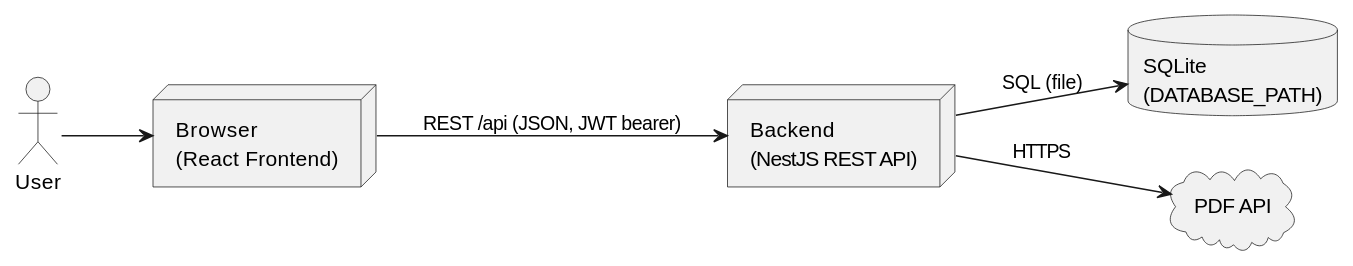
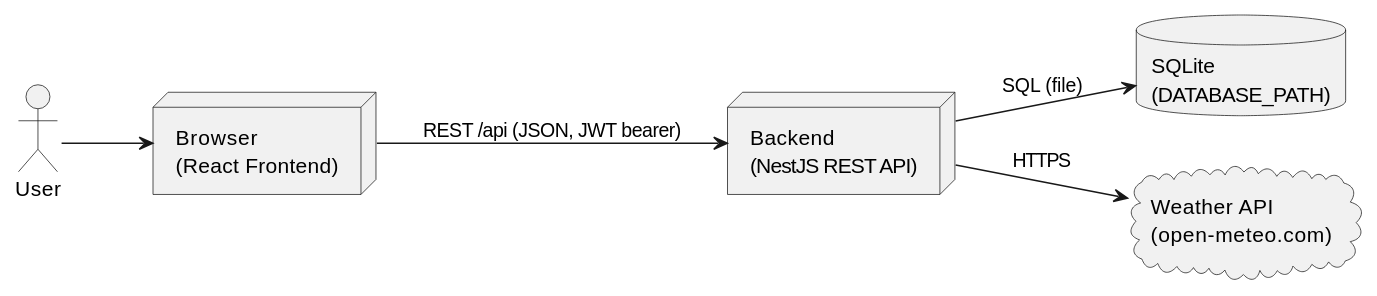
One commit to thomasprade/thro-sqs-2026 changed the second of 2 diagrams in docs/arc42/03_context_and_scope.md. Above: the diagram before and after it, drawn with PlantUML. The commit also changed other lines of this file and 7 other files, not shown here.

````diff
--- a/docs/arc42/03_context_and_scope.md
+++ b/docs/arc42/03_context_and_scope.md
@@ -38,16 +38,16 @@
 ```puml
 @startuml
 left to right direction
 
 actor "User" as user
 node "Browser\n(React Frontend)" as fe
 node "Backend\n(NestJS REST API)" as be
 database "SQLite\n(DATABASE_PATH)" as db
-cloud "PDF API" as api
+cloud "Weather API\n(open-meteo.com)" as api
 
 user --> fe
 fe --> be : REST /api (JSON, JWT bearer)
 be --> db : SQL (file)
 be --> api : HTTPS
 @enduml
 ```
````
